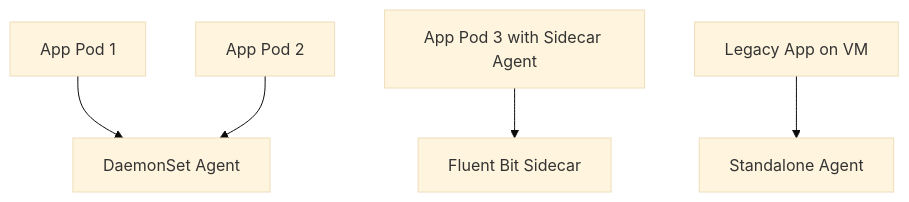
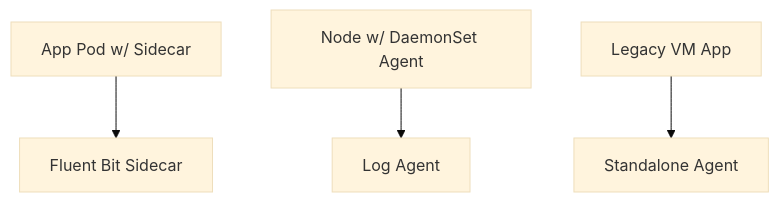
Before and after one commit to StevenJUlbrich/SRE-Training: the second of 3 diagrams in SRE CORE PRACTICES/day 04/training_material/Intermediate/day-04-intermediate-section-2.md, drawn with Mermaid (base theme). The commit also changed other lines of this file and 1 other file, not shown here.

Commit message:
feat: add comprehensive intermediate module on Log Collection, Centralization & Analysis with detailed sections, examples, and enhanced clarity

````diff
--- a/SRE CORE PRACTICES/day 04/training_material/Intermediate/day-04-intermediate-section-2.md
+++ b/SRE CORE PRACTICES/day 04/training_material/Intermediate/day-04-intermediate-section-2.md
@@ -255,7 +121,6 @@
 ```mermaid
 graph TD
-    A1[App Pod 1] --> N1[DaemonSet Agent]
-    A2[App Pod 2] --> N1
-    A3[App Pod 3 with Sidecar Agent] --> S3[Fluent Bit Sidecar]
-    VM1[Legacy App on VM] --> AG1[Standalone Agent]
+    Pod1[App Pod w/ Sidecar] --> SC[Fluent Bit Sidecar]
+    Node1[Node w/ DaemonSet Agent] --> DS[Log Agent]
+    Legacy[Legacy VM App] --> SA[Standalone Agent]
 ```
````
